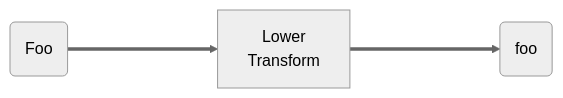
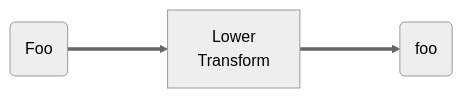
One commit to sailpoint-oss/developer.sailpoint.com changed the third of 7 diagrams in docs/extensibility/transforms/index.md. Above: the diagram before and after it, drawn with Mermaid (neutral theme). The commit also changed other lines of this file and 1 other file, not shown here.

Commit message:
fix for labels on mermaid flowcharts

````diff
--- a/docs/extensibility/transforms/index.md
+++ b/docs/extensibility/transforms/index.md
@@ -47,4 +53,4 @@
 ```mermaid
 flowchart LR
-  id1(Foo) ====> id2[Lower\nTransform] ====> id3(foo)
+  id1(Foo) ===> id2[Lower\nTransform] ===> id3(foo)
 ```
````
